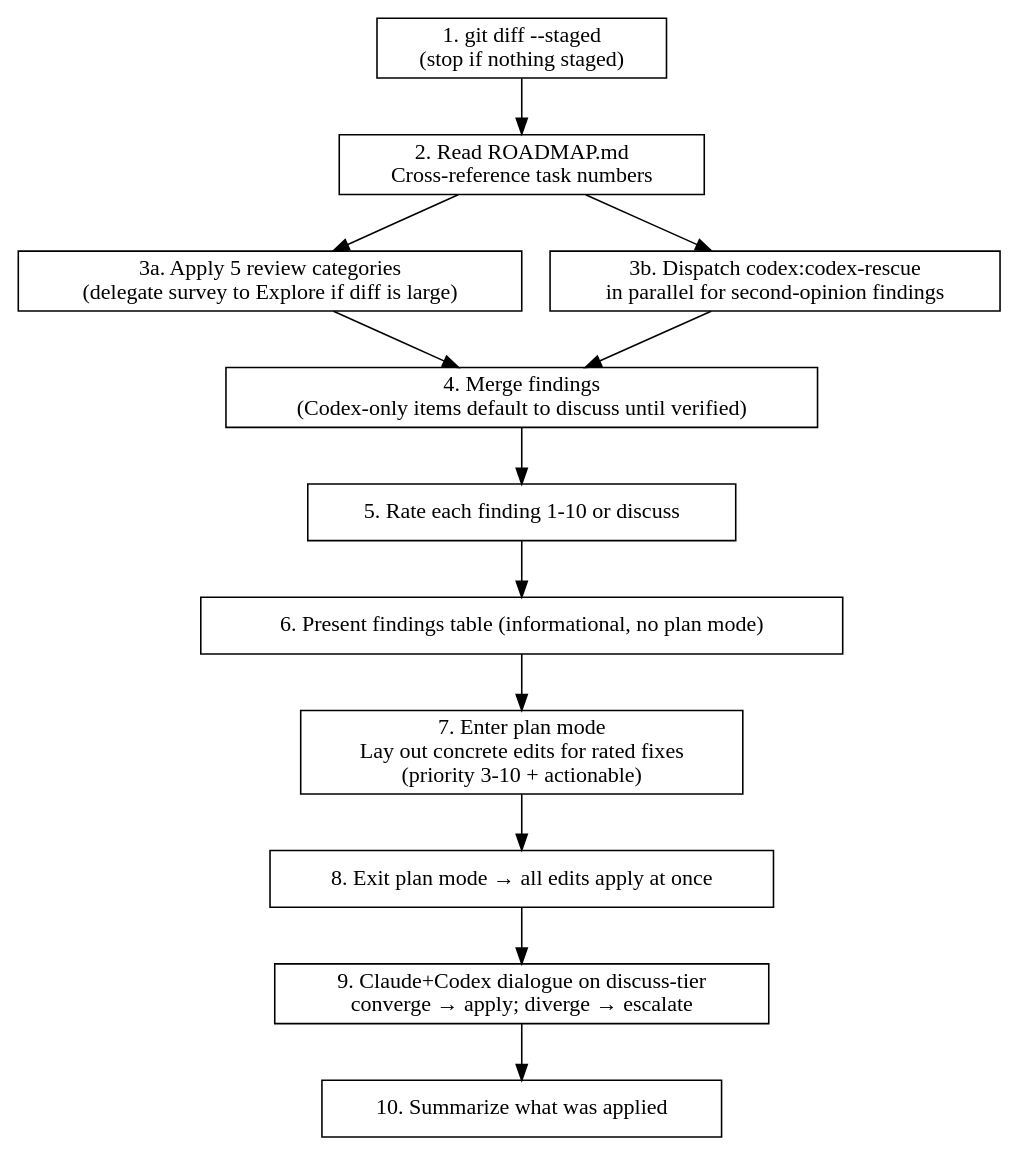
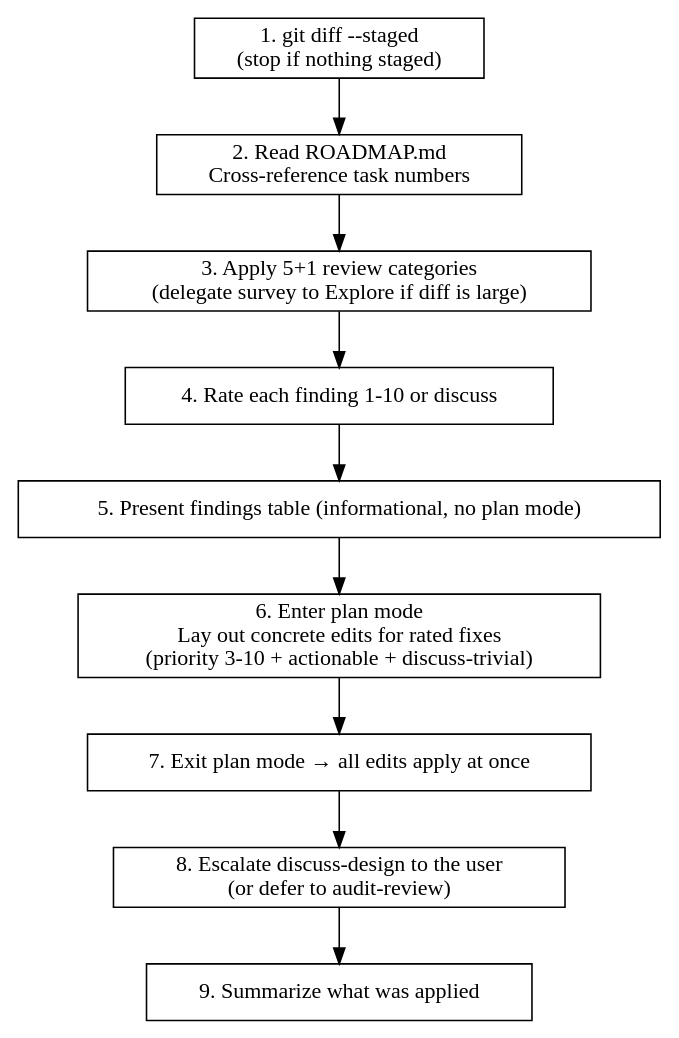
Before and after one commit to ZenHive/claude-marketplace-elixir: the diagram in plugins/staged-review/skills/code-review/SKILL.md, drawn with Graphviz. The commit also changed other lines of this file and 5 other files, not shown here.

````diff
--- a/plugins/staged-review/skills/code-review/SKILL.md
+++ b/plugins/staged-review/skills/code-review/SKILL.md
@@ -45,22 +49,18 @@
 ```dot
 digraph code_review {
   rankdir=TB;
   node [shape=box];
 
   staged   [label="1. git diff --staged\n(stop if nothing staged)"];
   roadmap  [label="2. Read ROADMAP.md\nCross-reference task numbers"];
-  review   [label="3a. Apply 5 review categories\n(delegate survey to Explore if diff is large)"];
-  codex    [label="3b. Dispatch codex:codex-rescue\nin parallel for second-opinion findings"];
-  merge    [label="4. Merge findings\n(Codex-only items default to discuss until verified)"];
-  rate     [label="5. Rate each finding 1-10 or discuss"];
-  present  [label="6. Present findings table (informational, no plan mode)"];
-  planfix  [label="7. Enter plan mode\nLay out concrete edits for rated fixes\n(priority 3-10 + actionable)"];
-  apply    [label="8. Exit plan mode → all edits apply at once"];
-  dialogue [label="9. Claude+Codex dialogue on discuss-tier\nconverge → apply; diverge → escalate"];
-  summary  [label="10. Summarize what was applied"];
+  review   [label="3. Apply 5+1 review categories\n(delegate survey to Explore if diff is large)"];
+  rate     [label="4. Rate each finding 1-10 or discuss"];
+  present  [label="5. Present findings table (informational, no plan mode)"];
+  planfix  [label="6. Enter plan mode\nLay out concrete edits for rated fixes\n(priority 3-10 + actionable + discuss-trivial)"];
+  apply    [label="7. Exit plan mode → all edits apply at once"];
+  escalate [label="8. Escalate discuss-design to the user\n(or defer to audit-review)"];
+  summary  [label="9. Summarize what was applied"];
 
-  staged -> roadmap -> review -> merge;
-  roadmap -> codex -> merge;
-  merge -> rate -> present -> planfix -> apply -> dialogue -> summary;
+  staged -> roadmap -> review -> rate -> present -> planfix -> apply -> escalate -> summary;
 }
 ```
````
